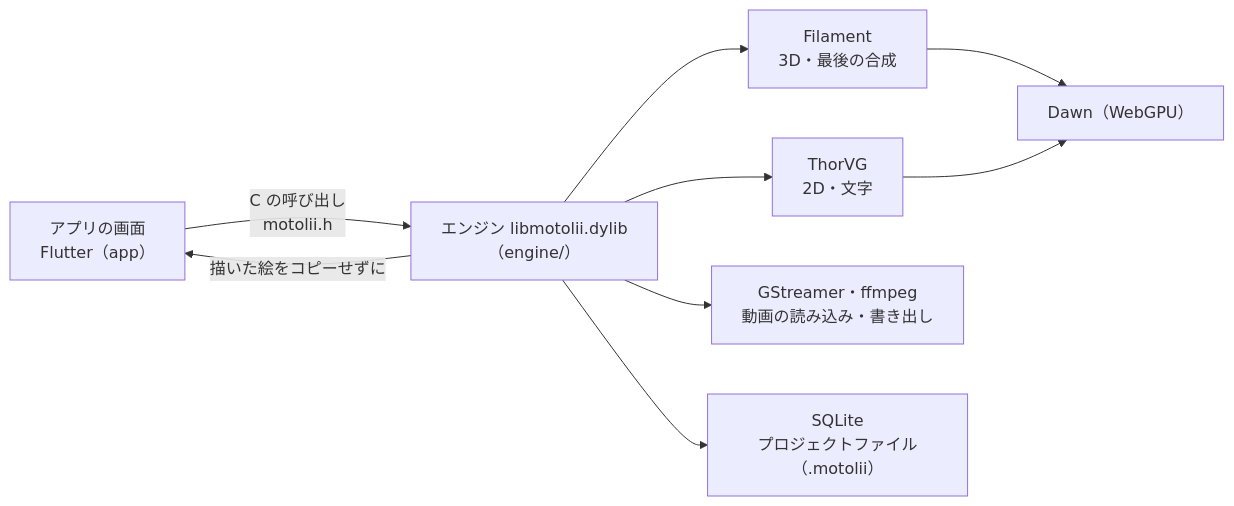
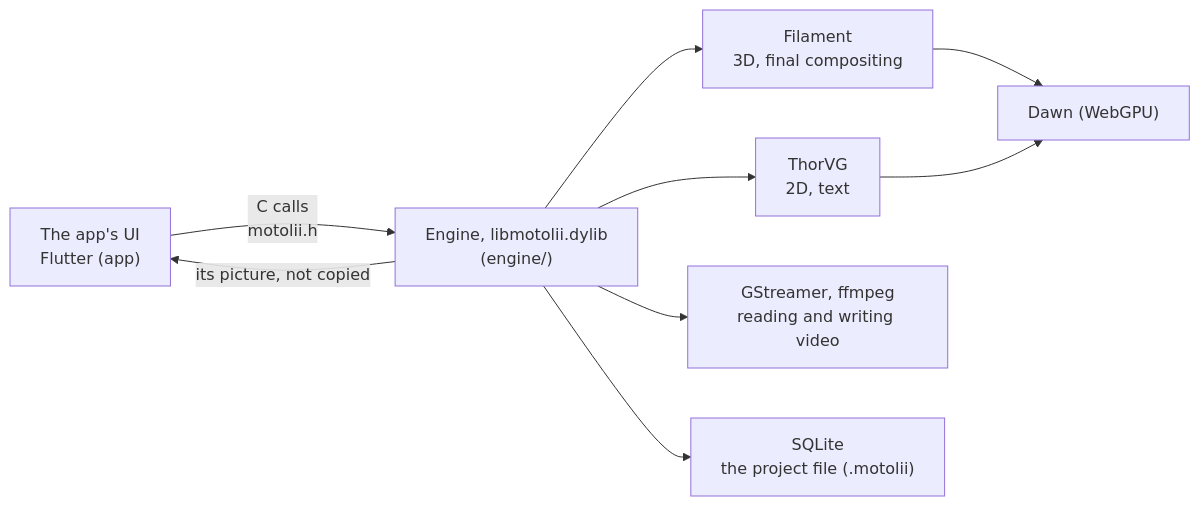
The diagram in README.md (oshikaidesu/motolii), drawn with Mermaid before and after one commit. The commit also changed other lines of this file and 10 other files, not shown here.

````diff
--- a/README.md
+++ b/README.md
@@ -304,11 +304,11 @@
 ```mermaid
 flowchart LR
-  W["アプリの画面<br/>Flutter（app）"] -- "C の呼び出し<br/>motolii.h" --> E["エンジン libmotolii.dylib<br/>（engine/）"]
-  E --> F["Filament<br/>3D・最後の合成"]
-  E --> T["ThorVG<br/>2D・文字"]
-  E --> G["GStreamer・ffmpeg<br/>動画の読み込み・書き出し"]
-  E --> S["SQLite<br/>プロジェクトファイル（.motolii）"]
-  F --> D["Dawn（WebGPU）"]
+  W["The app's UI<br/>Flutter (app)"] -- "C calls<br/>motolii.h" --> E["Engine, libmotolii.dylib<br/>(engine/)"]
+  E --> F["Filament<br/>3D, final compositing"]
+  E --> T["ThorVG<br/>2D, text"]
+  E --> G["GStreamer, ffmpeg<br/>reading and writing video"]
+  E --> S["SQLite<br/>the project file (.motolii)"]
+  F --> D["Dawn (WebGPU)"]
   T --> D
-  E -- "描いた絵をコピーせずに" --> W
+  E -- "its picture, not copied" --> W
 ```
````
